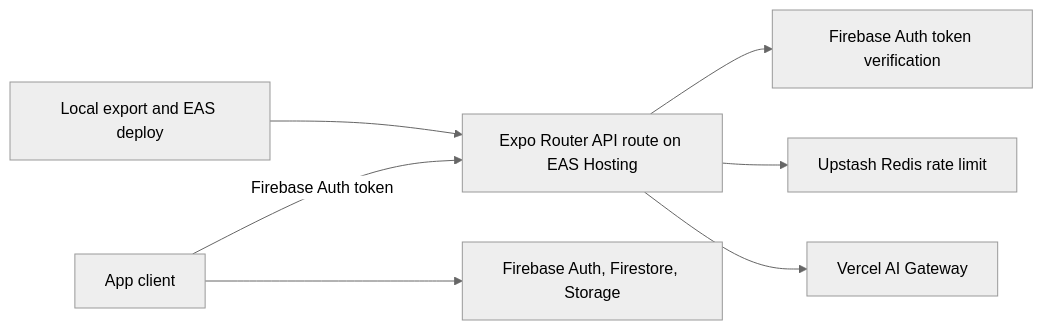
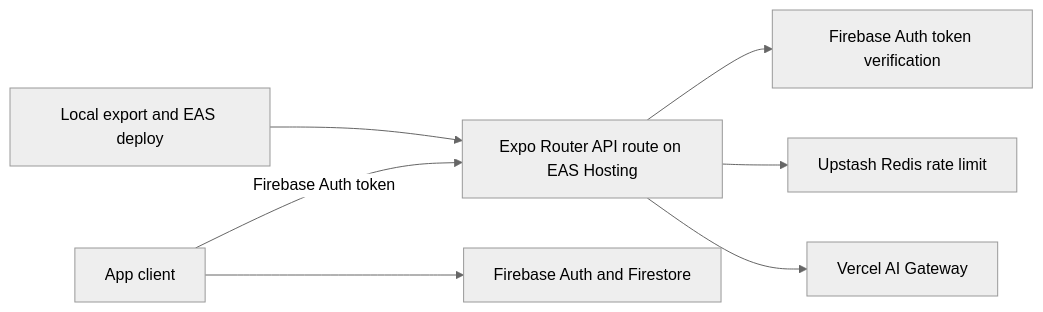
Before and after one commit to Vorpalv2/repday_expo_aisdk_convex: the diagram in app_design_flow/infrastructure/production-and-configuration.md, drawn with Mermaid (neutral theme). The commit also changed other lines of this file and 19 other files, not shown here.

````diff
--- a/app_design_flow/infrastructure/production-and-configuration.md
+++ b/app_design_flow/infrastructure/production-and-configuration.md
@@ -5,9 +5,9 @@
 ```mermaid
 flowchart LR
     A[App client] -->|Firebase Auth token| B[Expo Router API route on EAS Hosting]
     B --> C[Firebase Auth token verification]
     B --> D[Upstash Redis rate limit]
     B --> E[Vercel AI Gateway]
-    A --> F[Firebase Auth, Firestore, Storage]
+    A --> F[Firebase Auth and Firestore]
     G[Local export and EAS deploy] --> B
 ```
````
